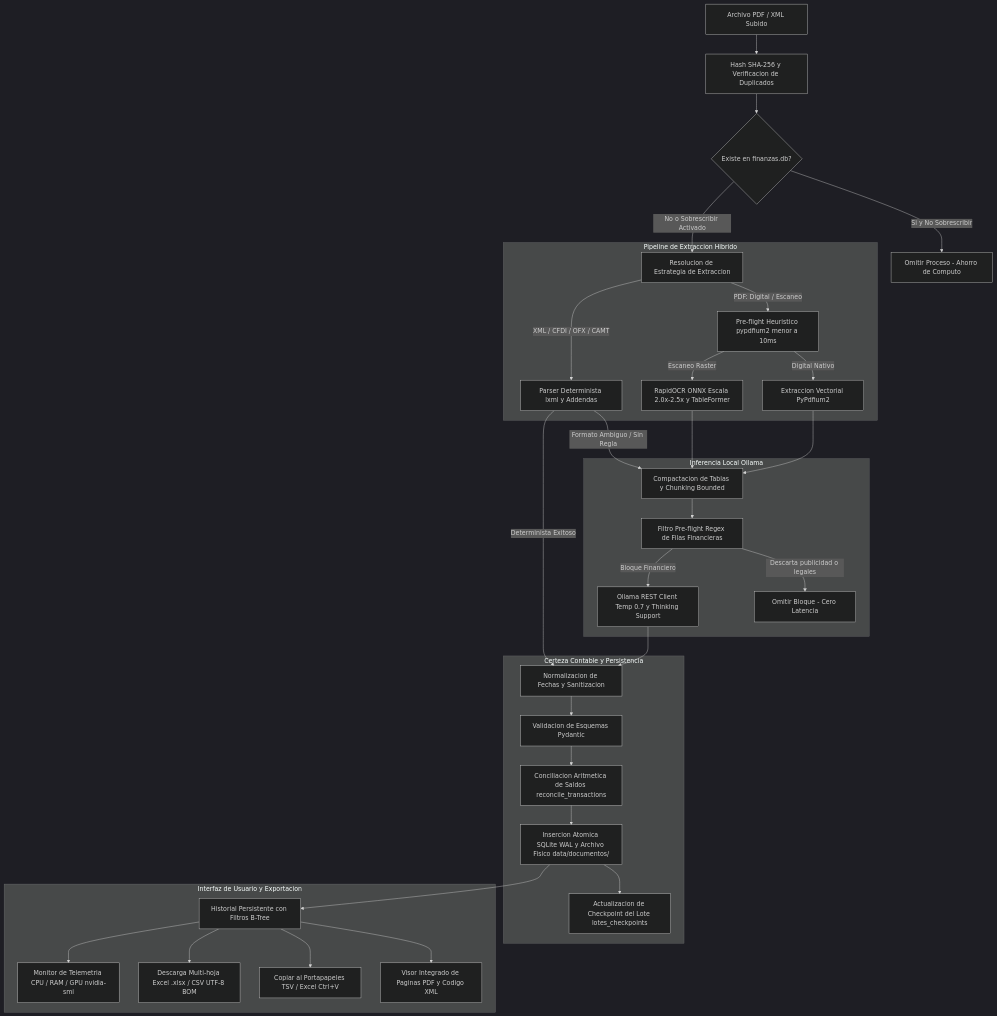
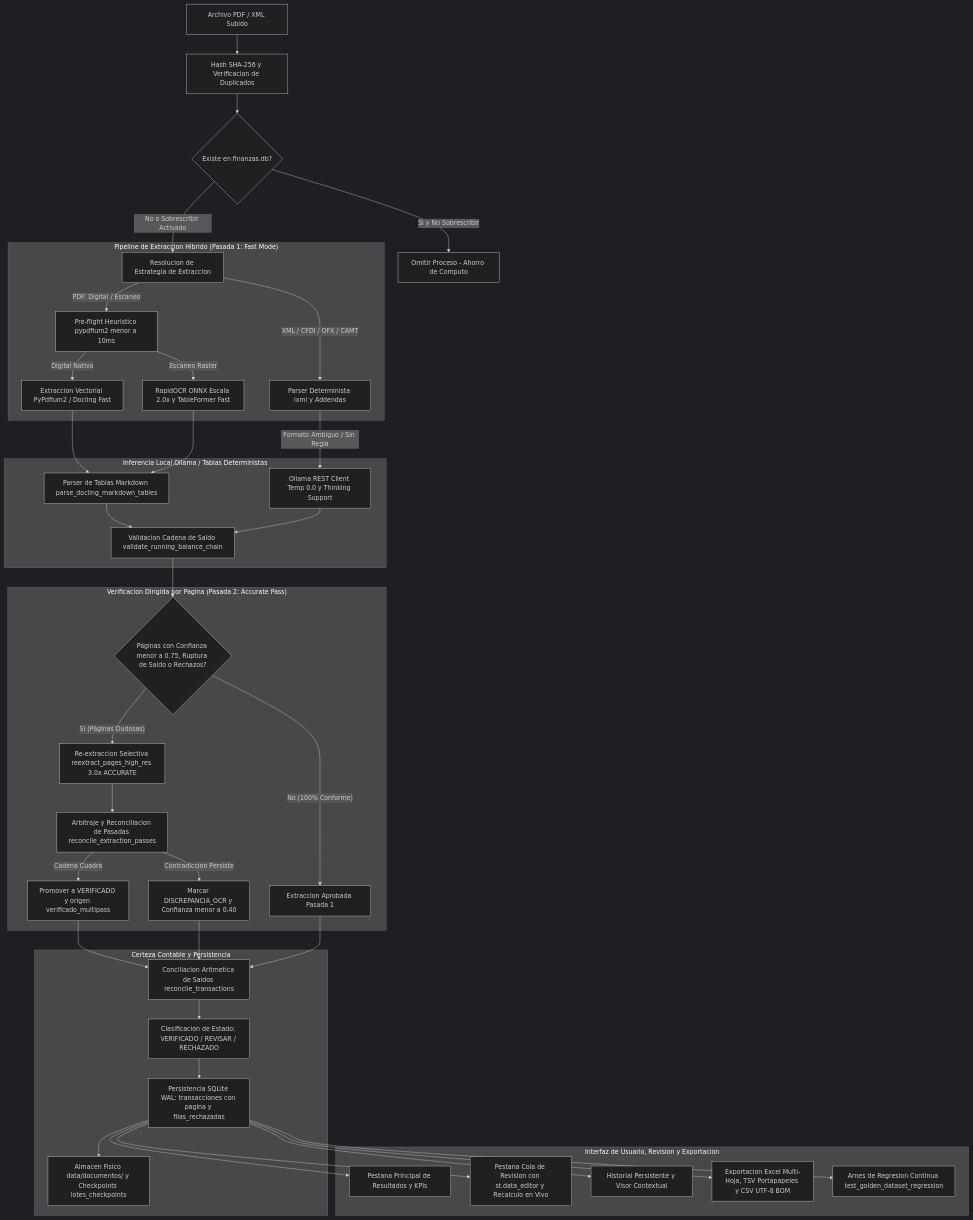
One commit to eduardoben/FinanceOCR changed the diagram in README.md. Above: the diagram before and after it, drawn with Mermaid (dark theme). The commit also changed other lines of this file and 24 other files, not shown here.

````diff
--- a/README.md
+++ b/README.md
@@ -11,43 +13,50 @@
 ```mermaid
 flowchart TD
     A[Archivo PDF / XML Subido] --> B[Hash SHA-256 y Verificacion de Duplicados]
     B --> C{Existe en finanzas.db?}
     
     C -- "Si y No Sobrescribir" --> D[Omitir Proceso - Ahorro de Computo]
     C -- "No o Sobrescribir Activado" --> E[Resolucion de Estrategia de Extraccion]
     
-    subgraph "Pipeline de Extraccion Hibrido"
+    subgraph "Pipeline de Extraccion Hibrido (Pasada 1: Fast Mode)"
         E -->|PDF: Digital / Escaneo| F[Pre-flight Heuristico pypdfium2 menor a 10ms]
-        F -->|Digital Nativo| G[Extraccion Vectorial PyPdfium2]
-        F -->|Escaneo Raster| H[RapidOCR ONNX Escala 2.0x-2.5x y TableFormer]
+        F -->|Digital Nativo| G[Extraccion Vectorial PyPdfium2 / Docling Fast]
+        F -->|Escaneo Raster| H[RapidOCR ONNX Escala 2.0x y TableFormer Fast]
         
         E -->|XML / CFDI / OFX / CAMT| I[Parser Determinista lxml y Addendas]
     end
 
-    subgraph "Inferencia Local Ollama"
-        G --> J[Compactacion de Tablas y Chunking Bounded]
+    subgraph "Inferencia Local Ollama / Tablas Deterministas"
+        G --> J[Parser de Tablas Markdown parse_docling_markdown_tables]
         H --> J
-        I -->|Formato Ambiguo / Sin Regla| J
-        J --> K[Filtro Pre-flight Regex de Filas Financieras]
-        K -->|Descarta publicidad o legales| L[Omitir Bloque - Cero Latencia]
-        K -->|Bloque Financiero| M[Ollama REST Client Temp 0.7 y Thinking Support]
+        I -->|Formato Ambiguo / Sin Regla| K[Ollama REST Client Temp 0.0 y Thinking Support]
+        J --> L[Validacion Cadena de Saldo validate_running_balance_chain]
+        K --> L
     end
 
-    I -->|Determinista Exitoso| N[Normalizacion de Fechas y Sanitizacion]
-    M --> N
+    subgraph "Verificacion Dirigida por Pagina (Pasada 2: Accurate Pass)"
+        L --> M{Páginas con Confianza menor a 0.75, Ruptura de Saldo o Rechazos?}
+        M -- "Si (Páginas Dudosas)" --> N[Re-extraccion Selectiva reextract_pages_high_res 3.0x ACCURATE]
+        N --> O[Arbitraje y Reconciliacion de Pasadas reconcile_extraction_passes]
+        O -->|Cadena Cuadra| P[Promover a VERIFICADO y origen verificado_multipass]
+        O -->|Contradiccion Persiste| Q[Marcar DISCREPANCIA_OCR y Confianza menor a 0.40]
+        M -- "No (100% Conforme)" --> R[Extraccion Aprobada Pasada 1]
+    end
 
     subgraph "Certeza Contable y Persistencia"
-        N --> O[Validacion de Esquemas Pydantic]
-        O --> P[Conciliacion Aritmetica de Saldos reconcile_transactions]
-        P --> Q[Insercion Atomica SQLite WAL y Archivo Fisico data/documentos/]
-        Q --> R[Actualizacion de Checkpoint del Lote lotes_checkpoints]
+        P --> S[Conciliacion Aritmetica de Saldos reconcile_transactions]
+        Q --> S
+        R --> S
+        S --> T[Clasificacion de Estado: VERIFICADO / REVISAR / RECHAZADO]
+        T --> U[Persistencia SQLite WAL: transacciones con pagina y filas_rechazadas]
+        U --> V[Almacen Fisico data/documentos/ y Checkpoints lotes_checkpoints]
     end
 
-    subgraph "Interfaz de Usuario y Exportacion"
-        Q --> S[Historial Persistente con Filtros B-Tree]
-        S --> T[Visor Integrado de Paginas PDF y Codigo XML]
-        S --> U[Copiar al Portapapeles TSV / Excel Ctrl+V]
-        S --> V[Descarga Multi-hoja Excel .xlsx / CSV UTF-8 BOM]
-        S --> W[Monitor de Telemetria CPU / RAM / GPU nvidia-smi]
+    subgraph "Interfaz de Usuario, Revision y Exportacion"
+        U --> W[Pestana Principal de Resultados y KPIs]
+        U --> X[Pestana Cola de Revision con st.data_editor y Recalculo en Vivo]
+        U --> Y[Historial Persistente y Visor Contextual]
+        U --> Z[Exportacion Excel Multi-Hoja, TSV Portapapeles y CSV UTF-8 BOM]
+        U --> AA[Arnes de Regresion Continua test_golden_dataset_regression]
     end
 ```
````
